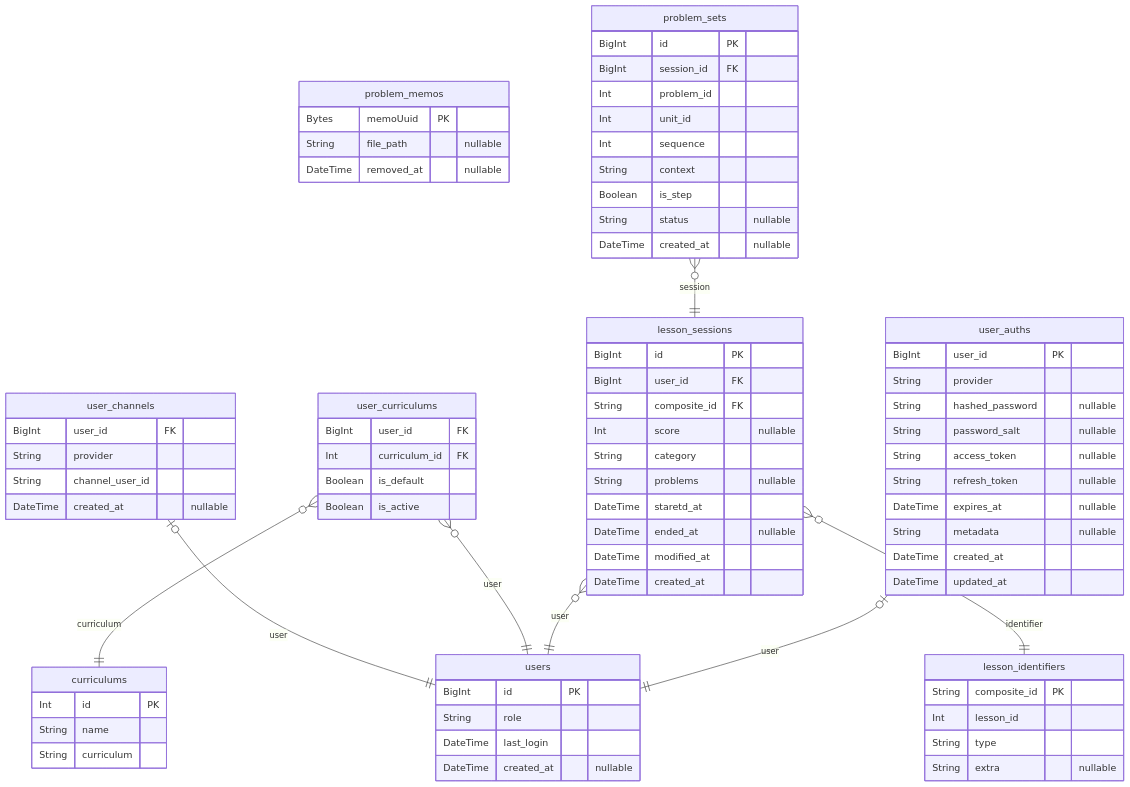
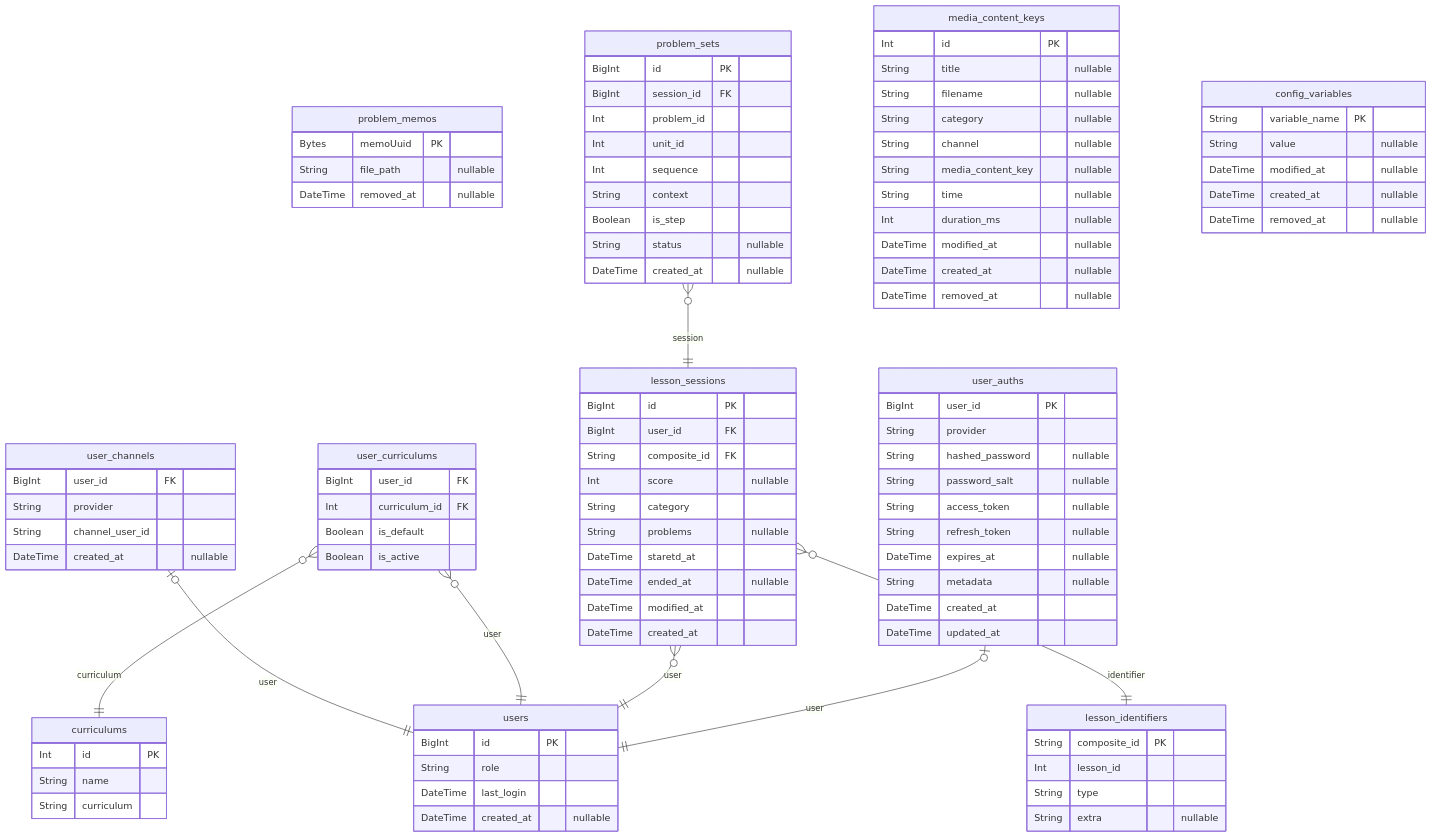
The diagram in prisma/SCHEMA.md (jungyun-kim/prisma-markdown), drawn with Mermaid before and after one commit. The commit also changed other lines of this file and 1 other file, not shown here.

```diff
--- a/prisma/SCHEMA.md
+++ b/prisma/SCHEMA.md
@@ -75,6 +75,26 @@
   String status "nullable"
   DateTime created_at "nullable"
 }
+"media_content_keys" {
+  Int id PK
+  String title "nullable"
+  String filename "nullable"
+  String category "nullable"
+  String channel "nullable"
+  String media_content_key "nullable"
+  String time "nullable"
+  Int duration_ms "nullable"
+  DateTime modified_at "nullable"
+  DateTime created_at "nullable"
+  DateTime removed_at "nullable"
+}
+"config_variables" {
+  String variable_name PK
+  String value "nullable"
+  DateTime modified_at "nullable"
+  DateTime created_at "nullable"
+  DateTime removed_at "nullable"
+}
 "user_channels" |o--|| "users" : user
 "user_curriculums" }o--|| "users" : user
 "user_curriculums" }o--|| "curriculums" : curriculum
```
